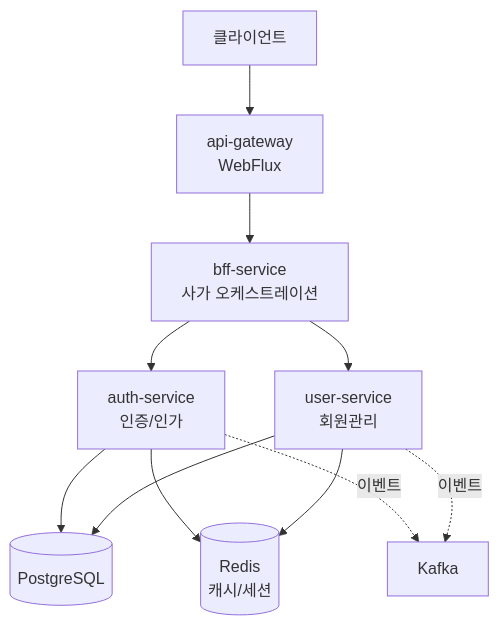
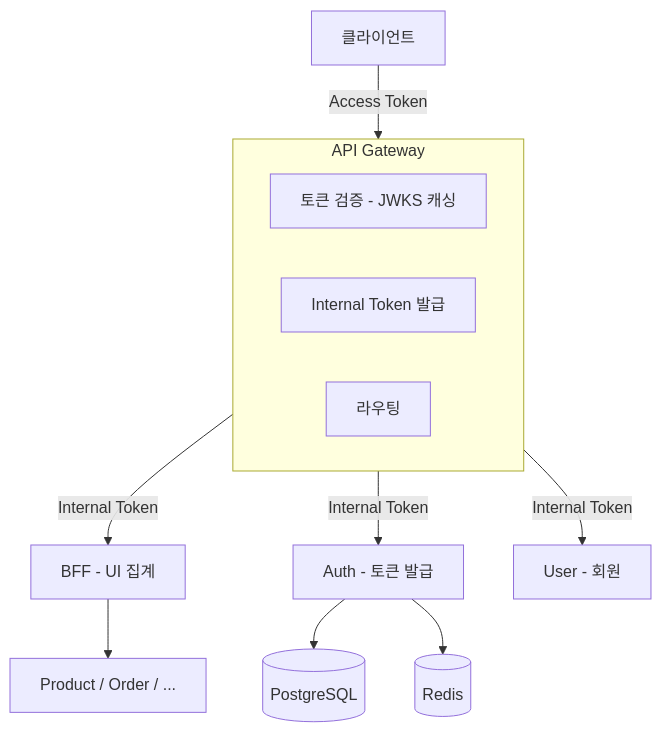
One commit to LiamKim-DaeYong/nextmall changed the diagram in README.md. Above: the diagram before and after it, drawn with Mermaid. The commit also changed other lines of this file and 19 other files, not shown here.

````diff
--- a/README.md
+++ b/README.md
@@ -161,13 +71,19 @@
 ```mermaid
 flowchart TD
-    Client[클라이언트] --> Gateway[api-gateway<br/>WebFlux]
-    Gateway --> BFF[bff-service<br/>사가 오케스트레이션]
-    BFF --> Auth[auth-service<br/>인증/인가]
-    BFF --> User[user-service<br/>회원관리]
+    Client[클라이언트] -->|Access Token| Gateway
+
+    subgraph Gateway[API Gateway]
+        G1[토큰 검증 - JWKS 캐싱]
+        G2[Internal Token 발급]
+        G3[라우팅]
+    end
+
+    Gateway -->|Internal Token| BFF[BFF - UI 집계]
+    Gateway -->|Internal Token| Auth[Auth - 토큰 발급]
+    Gateway -->|Internal Token| User[User - 회원]
+
+    BFF --> Services[Product / Order / ...]
+
     Auth --> DB[(PostgreSQL)]
-    User --> DB
-    Auth --> Redis[(Redis<br/>캐시/세션)]
-    User --> Redis
-    Auth -.이벤트.-> Kafka[Kafka]
-    User -.이벤트.-> Kafka
+    Auth --> Redis[(Redis)]
 ```
````
